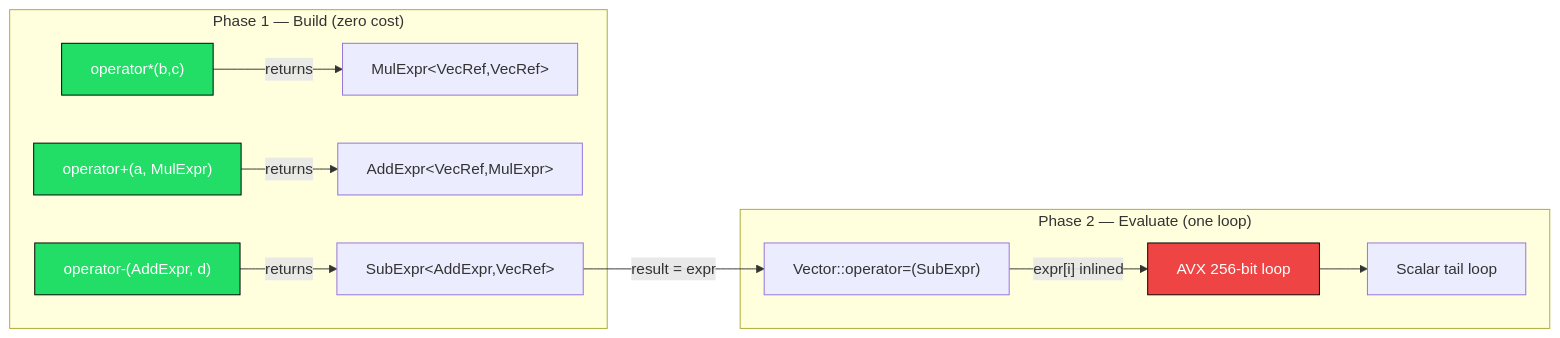
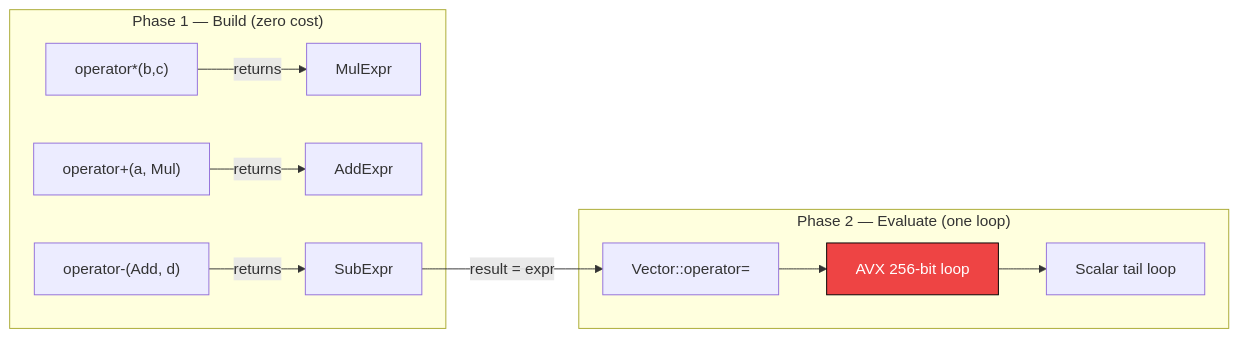
The second of 2 diagrams in Part-09-Projects/P05_Expression_Templates.md (dkkh87/CPP-CUDA-Mastery), drawn with Mermaid before and after one commit. The commit also changed other lines of this file, not shown here.

````diff
--- a/Part-09-Projects/P05_Expression_Templates.md
+++ b/Part-09-Projects/P05_Expression_Templates.md
@@ -76,19 +59,16 @@
 ```mermaid
 flowchart LR
     subgraph "Phase 1 — Build (zero cost)"
-        OP1["operator*(b,c)"] -->|returns| N1["MulExpr&lt;VecRef,VecRef&gt;"]
-        OP2["operator+(a, MulExpr)"] -->|returns| N2["AddExpr&lt;VecRef,MulExpr&gt;"]
-        OP3["operator-(AddExpr, d)"] -->|returns| N3["SubExpr&lt;AddExpr,VecRef&gt;"]
+        OP1["operator*(b,c)"] -->|returns| N1["MulExpr"]
+        OP2["operator+(a, Mul)"] -->|returns| N2["AddExpr"]
+        OP3["operator-(Add, d)"] -->|returns| N3["SubExpr"]
     end
 
     subgraph "Phase 2 — Evaluate (one loop)"
-        N3 -->|"result = expr"| EV["Vector::operator=(SubExpr)"]
-        EV -->|"expr[i] inlined"| SIMD["AVX 256-bit loop"]
+        N3 -->|"result = expr"| EV["Vector::operator="]
+        EV --> SIMD["AVX 256-bit loop"]
         SIMD --> TAIL["Scalar tail loop"]
     end
 
-    style OP1 fill:#2d6,stroke:#000,color:#fff
-    style OP2 fill:#2d6,stroke:#000,color:#fff
-    style OP3 fill:#2d6,stroke:#000,color:#fff
     style SIMD fill:#e44,stroke:#000,color:#fff
 ```
````
